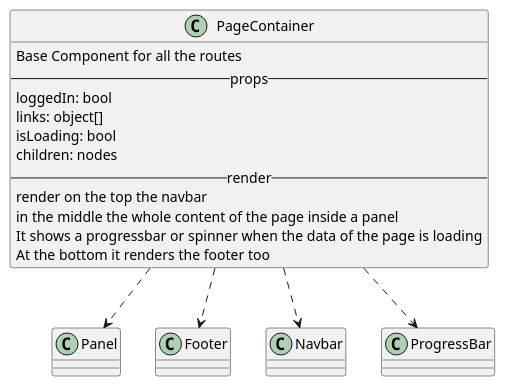
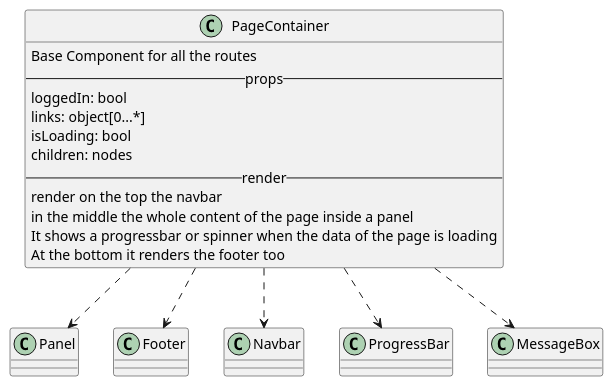
One commit to M9k/Marvin-Uml changed the diagram in react/custom/pageContainer.iuml. Above: the diagram before and after it, drawn with PlantUML. The commit also changed 4 other files, not shown here.

```diff
--- a/react/custom/pageContainer.iuml
+++ b/react/custom/pageContainer.iuml
@@ -1,18 +1,19 @@
 class PageContainer{
     Base Component for all the routes
     --props--
         loggedIn: bool
-        links: object[]
+        links: object[0...*]
         isLoading: bool
         children: nodes
     --render--
         render on the top the navbar
         in the middle the whole content of the page inside a panel
          It shows a progressbar or spinner when the data of the page is loading
          At the bottom it renders the footer too
 }
 
 PageContainer ..> Panel
 PageContainer ..> Footer
 PageContainer ..> Navbar
 PageContainer ..> ProgressBar
+PageContainer ..> MessageBox
```
